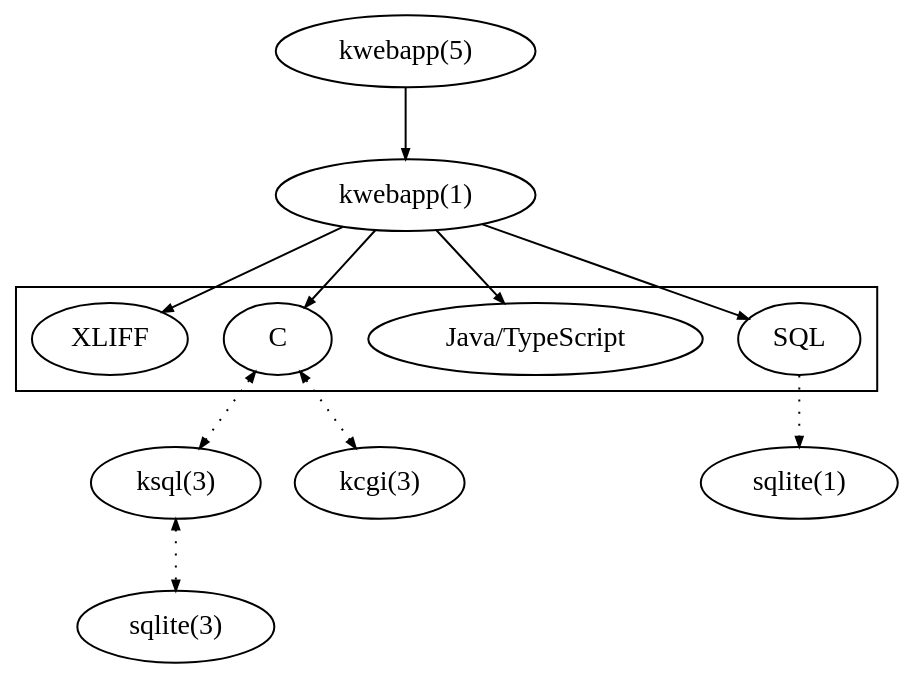
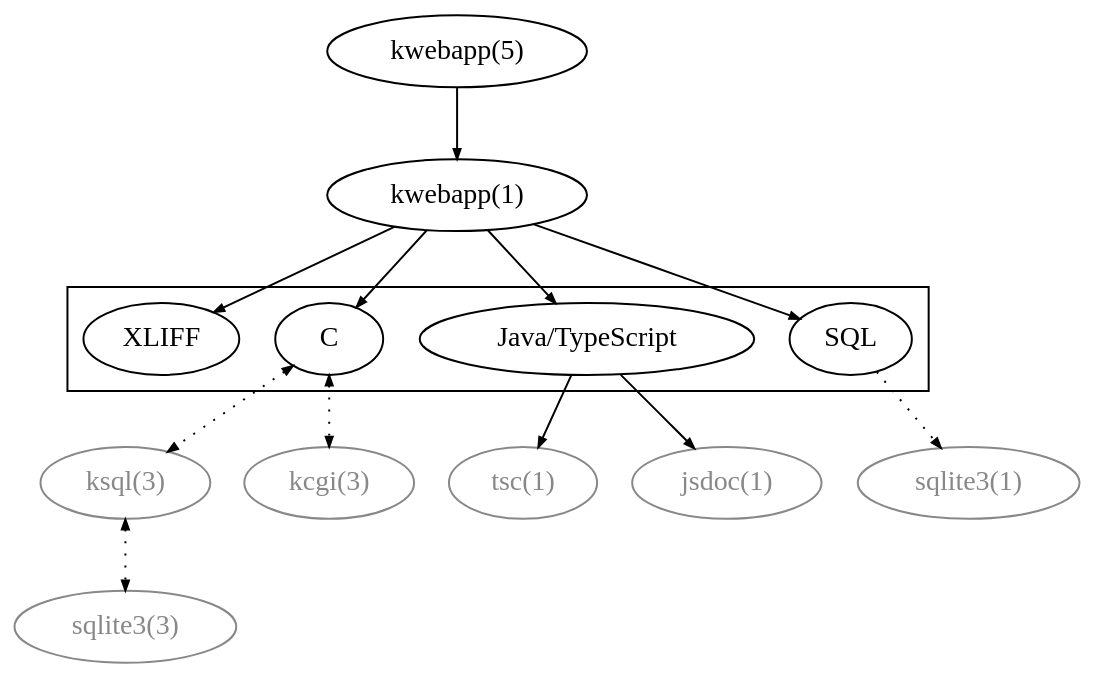
Before and after one commit to kristapsdz/openradtool: the diagram in index.dot, drawn with Graphviz. The commit also changed 3 other files, not shown here.

Commit message:
Add user-perspective of sequence.

```diff
--- a/index.dot
+++ b/index.dot
@@ -1,38 +1,43 @@
 digraph {
 	edge [arrowsize="0.5";];
 	bgcolor="transparent";
 	splines=false;
 
 	cfg[label="kwebapp(5)"];
 	bin[label="kwebapp(1)"];
 
 	{ rank=same; cfg; }
 	{ rank=same; bin; }
 
 	subgraph cluster0 {
 		{ rank=same; src; js; sql; }
 		src[label="C"];
 		js[label="Java/TypeScript"];
 		sql[label="SQL"];
 		xliff[label="XLIFF"];
 	}
 	cfg -> bin;
 	bin -> src;
 	bin -> js;
 	bin -> sql;
 	bin -> xliff;
 
-	{ rank=same; ksql; kcgi; sqlite1; }
+	{ rank=same; ksql; kcgi; sqlite1; tsc; jsdoc; }
 	{ rank=same; sqlite; }
 
-	sqlite1[label="sqlite(1)"];
-	kcgi[label="kcgi(3)"];
-	ksql[label="ksql(3)"];
-	sqlite[label="sqlite(3)"];
+	sqlite1[label="sqlite3(1)", fontcolor="#888888", color="#888888"];
+	tsc[label="tsc(1)", fontcolor="#888888", color="#888888"];
+	jsdoc[label="jsdoc(1)", fontcolor="#888888", color="#888888"];
+	kcgi[label="kcgi(3)", fontcolor="#888888", color="#888888"];
+	ksql[label="ksql(3)", fontcolor="#888888", color="#888888"];
+	sqlite[label="sqlite3(3)", fontcolor="#888888", color="#888888"];
 
 	sql -> sqlite1[style="dotted"];
+
+	js -> tsc;
+	js -> jsdoc;
 
 	src -> ksql[dir="both"; style="dotted"];
 	src -> kcgi[dir="both"; style="dotted"];
 	ksql -> sqlite[dir="both"; style="dotted"];
 }
```
